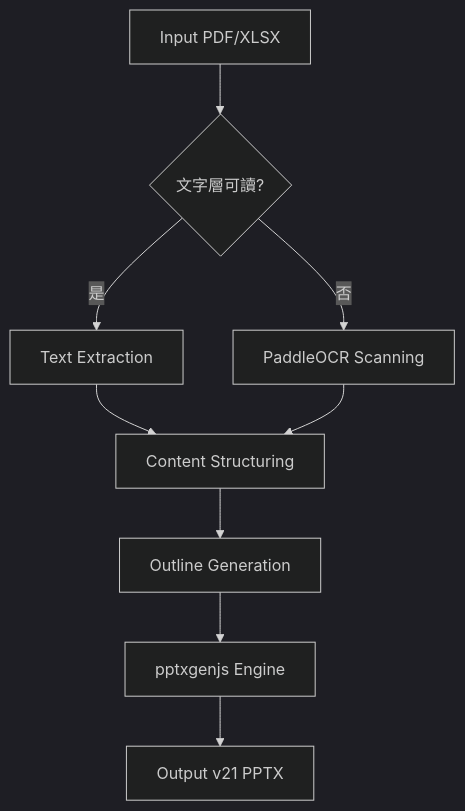
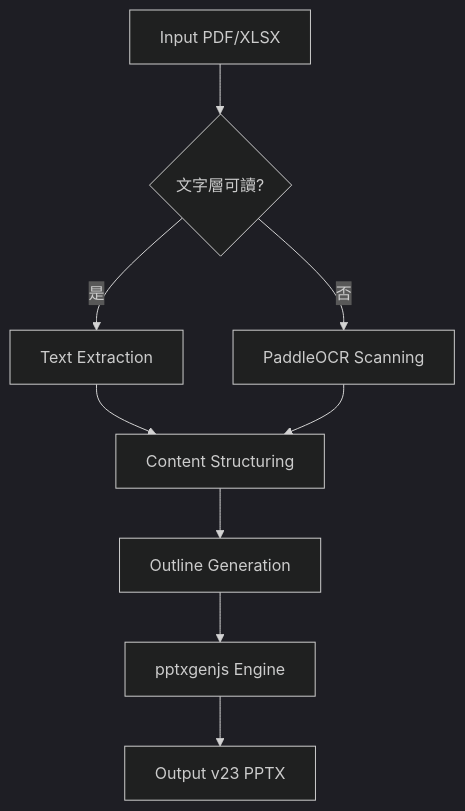
One commit to Evan20230427/hrbp-ai-transformation-pptx changed the diagram in spec.md. Above: the diagram before and after it, drawn with Mermaid (dark theme). The commit also changed other lines of this file and 7 other files, not shown here.

````diff
--- a/spec.md
+++ b/spec.md
@@ -11,11 +11,11 @@
 ```mermaid
 graph TD
     A[Input PDF/XLSX] --> B{文字層可讀?};
     B -- 是 --> C[Text Extraction];
     B -- 否 --> D[PaddleOCR Scanning];
     C --> E[Content Structuring];
     D --> E;
     E --> F[Outline Generation];
     F --> G[pptxgenjs Engine];
-    G --> H[Output v21 PPTX];
+    G --> H[Output v23 PPTX];
 ```
````
